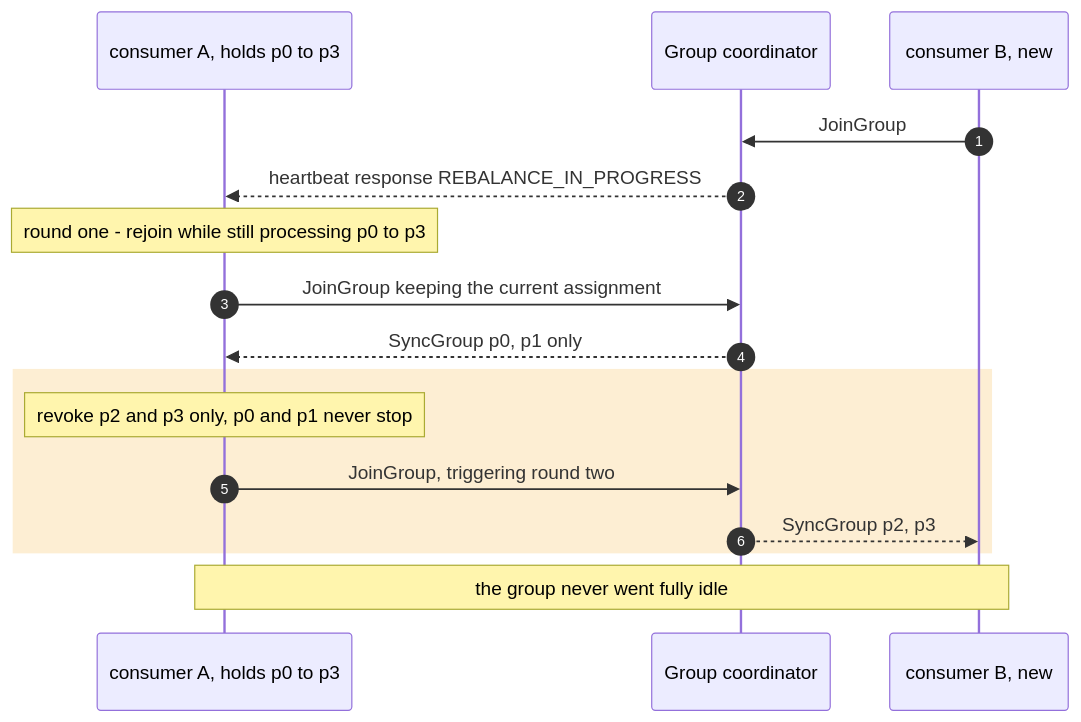
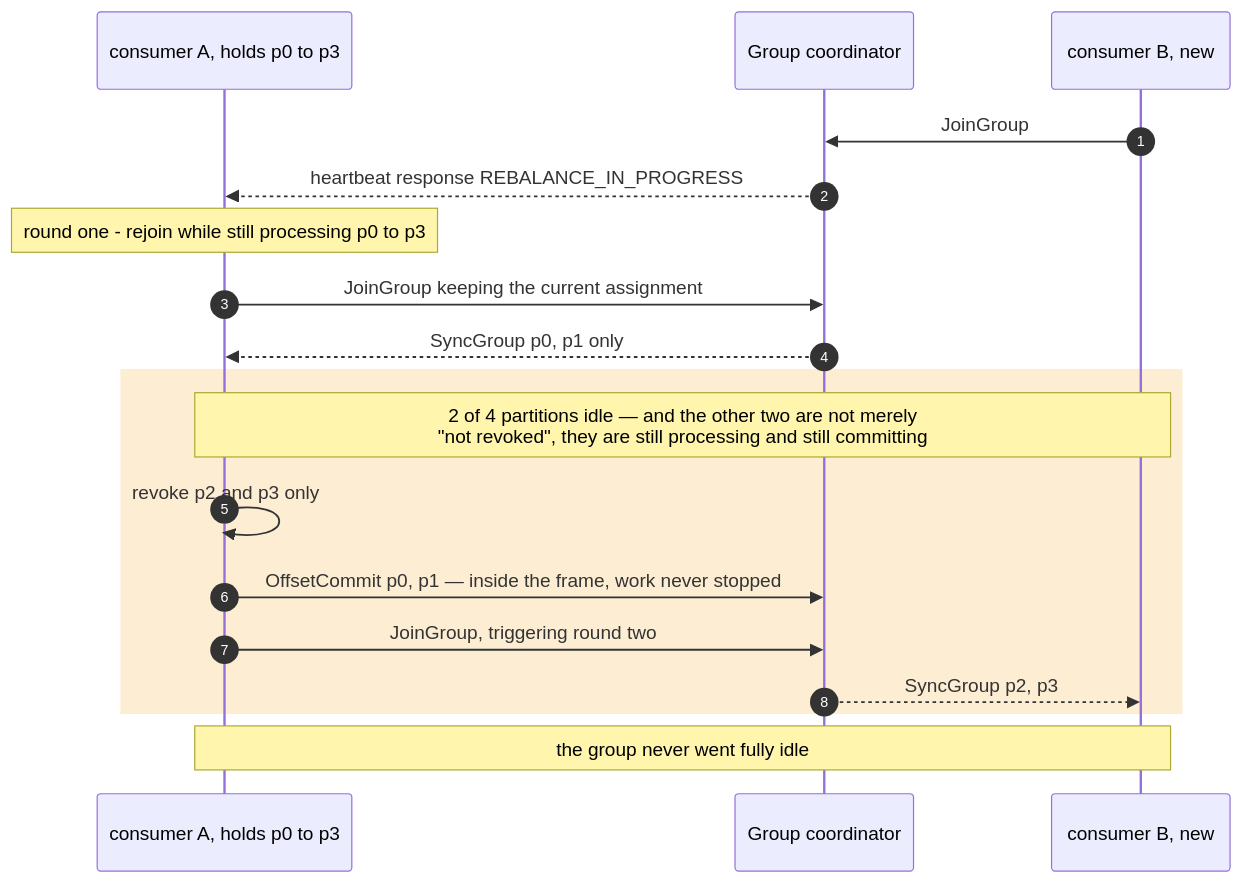
One commit to DmytroLysenko1/Kafka-lab changed the second of 2 diagrams in docs/static/08-rebalance.md. Above: the diagram before and after it, drawn with Mermaid. The commit also changed other lines of this file and 10 other files, not shown here.

Commit message:
drew the boundary in every diagram instead of captioning it

````diff
--- a/docs/static/08-rebalance.md
+++ b/docs/static/08-rebalance.md
@@ -46,22 +46,24 @@
 ```mermaid
 sequenceDiagram
     autonumber
     participant A as consumer A, holds p0 to p3
     participant CO as Group coordinator
     participant B as consumer B, new
 
     B->>CO: JoinGroup
     CO-->>A: heartbeat response REBALANCE_IN_PROGRESS
 
     Note over A: round one - rejoin while still processing p0 to p3
     A->>CO: JoinGroup keeping the current assignment
     CO-->>A: SyncGroup p0, p1 only
 
     rect rgba(245, 158, 11, 0.18)
-        Note over A: revoke p2 and p3 only, p0 and p1 never stop
+        Note over A,B: 2 of 4 partitions idle — and the other two are not merely<br/>"not revoked", they are still processing and still committing
+        A->>A: revoke p2 and p3 only
+        A->>CO: OffsetCommit p0, p1 — inside the frame, work never stopped
         A->>CO: JoinGroup, triggering round two
         CO-->>B: SyncGroup p2, p3
     end
 
     Note over A,B: the group never went fully idle
 ```
````
